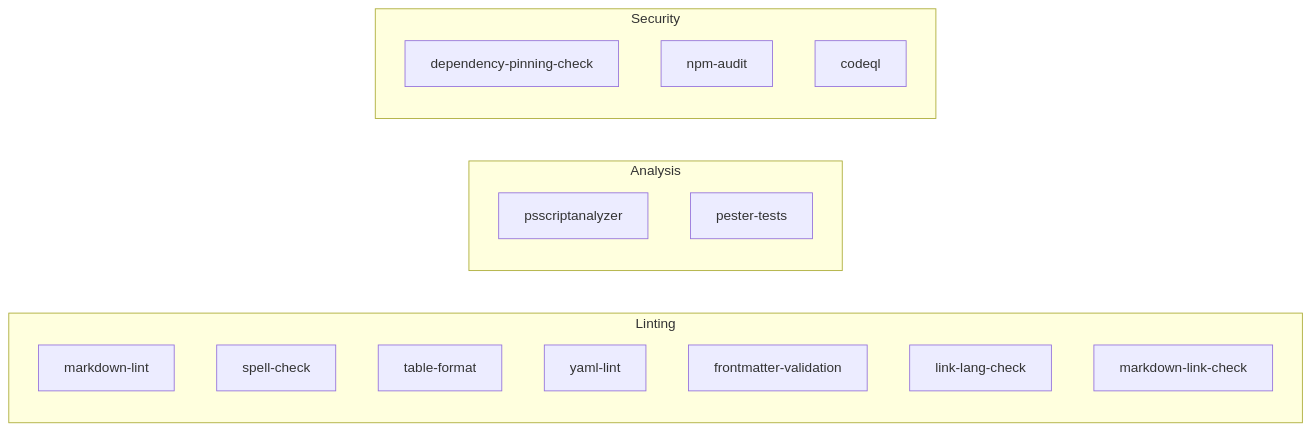
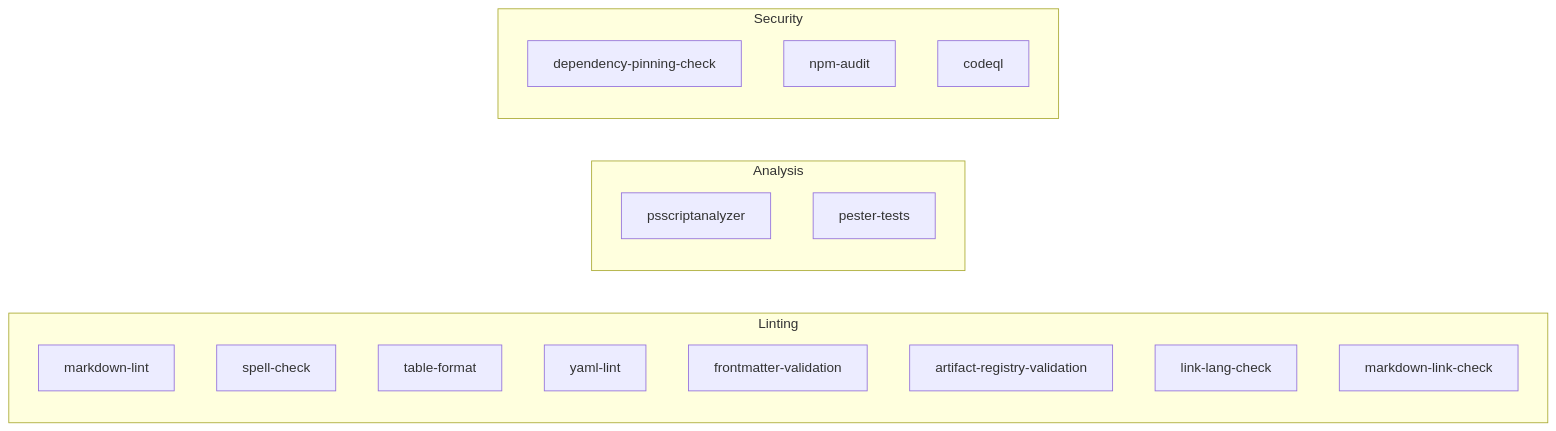
Before and after one commit to microsoft/hve-core: the second of 4 diagrams in docs/architecture/workflows.md, drawn with Mermaid. The commit also changed other lines of this file and 2 other files, not shown here.

````diff
--- a/docs/architecture/workflows.md
+++ b/docs/architecture/workflows.md
@@ -80,23 +81,24 @@
 ```mermaid
 flowchart LR
     subgraph "Linting"
         ML[markdown-lint]
         SC[spell-check]
         TF[table-format]
         YL[yaml-lint]
         FV[frontmatter-validation]
+        ARV[artifact-registry-validation]
         LLC[link-lang-check]
         MLC[markdown-link-check]
     end
     
     subgraph "Analysis"
         PSA[psscriptanalyzer]
         PT[pester-tests]
     end
     
     subgraph "Security"
         DPC[dependency-pinning-check]
         NA[npm-audit]
         CQL[codeql]
     end
 ```
````
